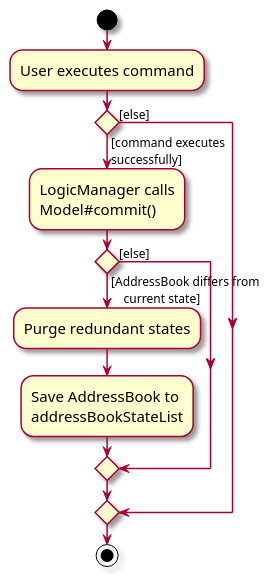
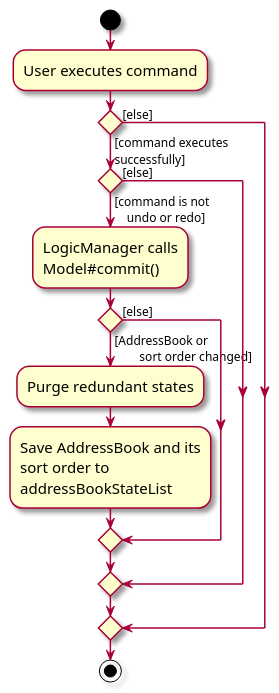
Before and after one commit to AY2627S1-CS2103T-T13-1/tp: the diagram in diagrams/CommitActivityDiagram.puml, drawn with PlantUML. The commit also changed 47 other files, not shown here.

```diff
--- a/diagrams/CommitActivityDiagram.puml
+++ b/diagrams/CommitActivityDiagram.puml
@@ -1,25 +1,30 @@
 @startuml
 skin rose
 skinparam ActivityFontSize 15
 skinparam ArrowFontSize 12
 start
 :User executes command;
 
 'Since the beta syntax does not support placing the condition outside the
 'diamond we place it as the true branch instead.
 
 if () then ([command executes
 successfully])
-    :LogicManager calls
-    Model#commit();
-    if () then ([AddressBook differs from
-    current state])
-        :Purge redundant states;
-        :Save AddressBook to
-        addressBookStateList;
+    if () then ([command is not
+    undo or redo])
+        :LogicManager calls
+        Model#commit();
+        if () then ([AddressBook or
+        sort order changed])
+            :Purge redundant states;
+            :Save AddressBook and its
+            sort order to
+            addressBookStateList;
+        else ([else])
+        endif
     else ([else])
     endif
 else ([else])
 endif
 stop
 @enduml
```
